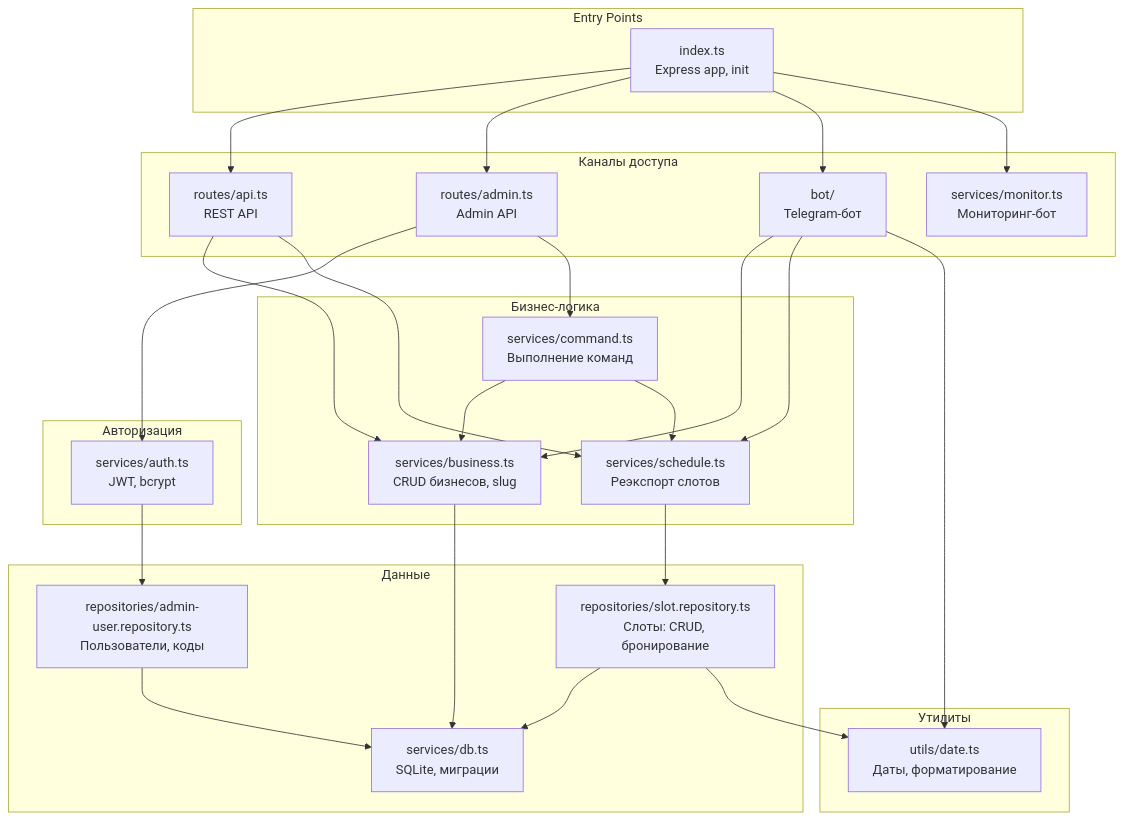
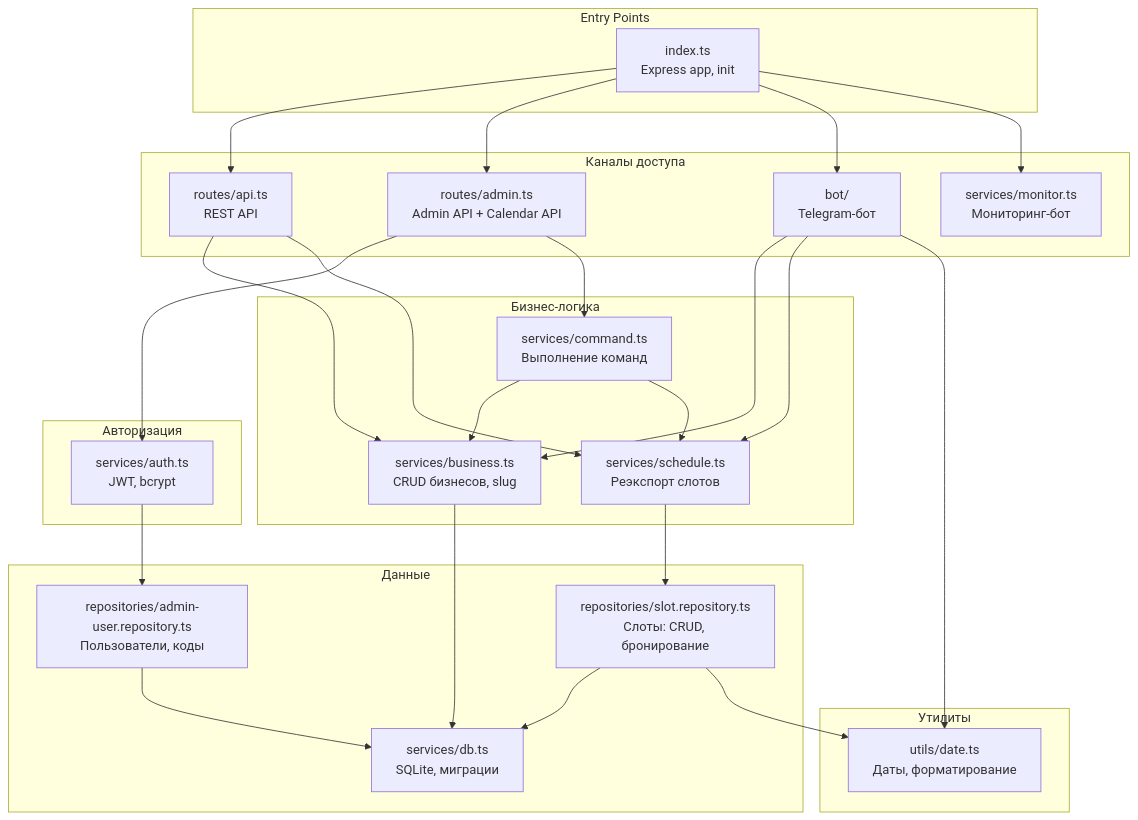
One commit to Atlantis3221/reservation-service changed the first of 3 diagrams in backend/README.md. Above: the diagram before and after it, drawn with Mermaid. The commit also changed other lines of this file and 17 other files, not shown here.

````diff
--- a/backend/README.md
+++ b/backend/README.md
@@ -9,54 +9,54 @@
 ```mermaid
 graph TB
     subgraph "Entry Points"
         EP[index.ts<br/>Express app, init]
     end
 
     subgraph "Каналы доступа"
         API[routes/api.ts<br/>REST API]
-        ADMIN[routes/admin.ts<br/>Admin API]
+        ADMIN[routes/admin.ts<br/>Admin API + Calendar API]
         BOT[bot/<br/>Telegram-бот]
         MON[services/monitor.ts<br/>Мониторинг-бот]
     end
 
     subgraph "Авторизация"
         AUTH[services/auth.ts<br/>JWT, bcrypt]
     end
 
     subgraph "Бизнес-логика"
         CMD[services/command.ts<br/>Выполнение команд]
         BIZ[services/business.ts<br/>CRUD бизнесов, slug]
         SCH[services/schedule.ts<br/>Реэкспорт слотов]
     end
 
     subgraph "Данные"
         REPO[repositories/slot.repository.ts<br/>Слоты: CRUD, бронирование]
         ADMIN_REPO[repositories/admin-user.repository.ts<br/>Пользователи, коды]
         DB[services/db.ts<br/>SQLite, миграции]
     end
 
     subgraph "Утилиты"
         UTIL[utils/date.ts<br/>Даты, форматирование]
     end
 
     EP --> API
     EP --> ADMIN
     EP --> BOT
     EP --> MON
 
     ADMIN --> AUTH
     ADMIN --> CMD
     AUTH --> ADMIN_REPO
     CMD --> BIZ
     CMD --> SCH
     API --> BIZ
     API --> SCH
     BOT --> BIZ
     BOT --> SCH
     SCH --> REPO
     REPO --> DB
     BIZ --> DB
     ADMIN_REPO --> DB
     BOT --> UTIL
     REPO --> UTIL
 ```
````
